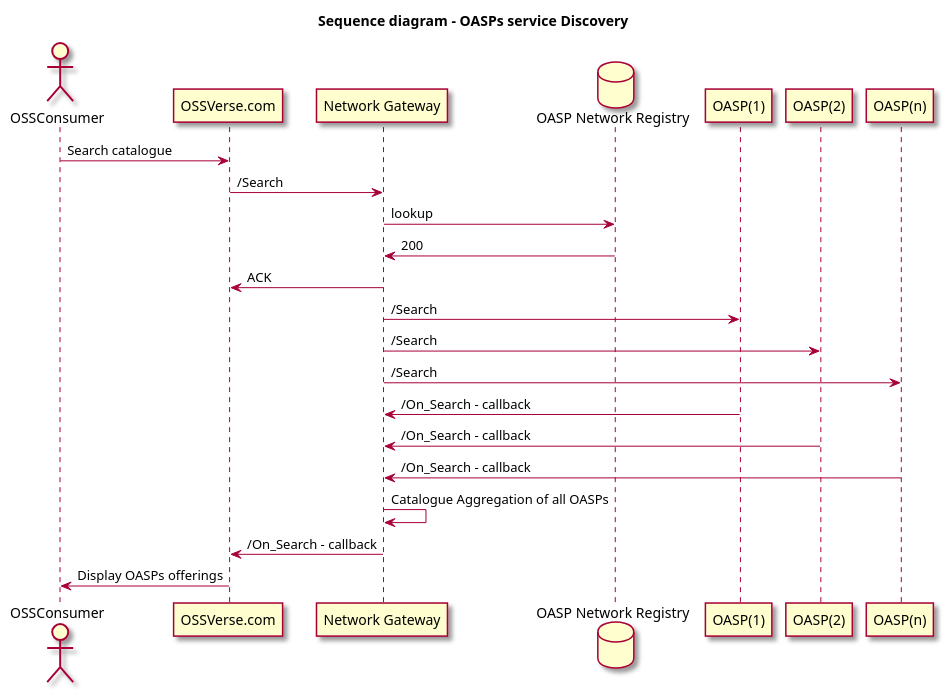
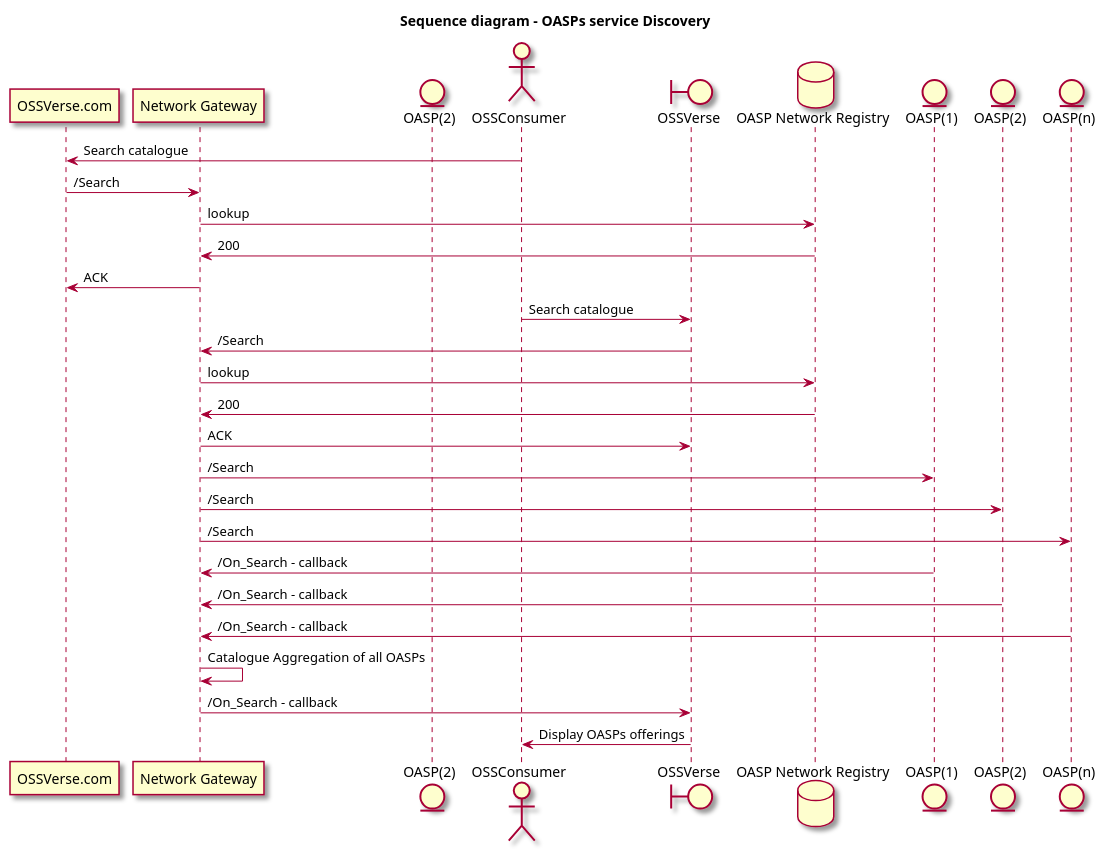
Before and after one commit to OSSVerse/OSSVerse: the diagram in docs/puml/SequenceDiagram_Search_Catalog.puml, drawn with PlantUML. The commit also changed other lines of this file and 1 other file, not shown here.

```diff
--- a/docs/puml/SequenceDiagram_Search_Catalog.puml
+++ b/docs/puml/SequenceDiagram_Search_Catalog.puml
@@ -1,30 +1,53 @@
 @startuml
 
 skin rose
 
 title "Sequence diagram - OASPs service Discovery"
 
 actor "OSSConsumer" as Buyer
 
+
 Buyer -> OSSVerse.com: Search catalogue
 OSSVerse.com -> "Network Gateway": /Search
 database "OASP Network Registry"
 "Network Gateway" -> "OASP Network Registry": lookup
 "OASP Network Registry" -> "Network Gateway": 200
 "Network Gateway" -> OSSVerse.com: ACK
 
-"Network Gateway" -> "OASP(1)": /Search
-"Network Gateway" -> "OASP(2)": /Search
-"Network Gateway" -> "OASP(n)": /Search
+entity "OASP(1)" as OASP1
+entity "OASP(2)" as OASP2@startuml
 
-"OASP(1)" -> "Network Gateway": /On_Search - callback
-"OASP(2)" -> "Network Gateway": /On_Search - callback
-"OASP(n)" -> "Network Gateway": /On_Search - callback
+skin rose
+
+title "Sequence diagram - OASPs service Discovery"
+
+actor "OSSConsumer" as Buyer
+boundary "OSSVerse" as OSSVerse
+
+
+Buyer -> OSSVerse: Search catalogue
+OSSVerse -> "Network Gateway": /Search
+database "OASP Network Registry"
+"Network Gateway" -> "OASP Network Registry": lookup
+"OASP Network Registry" -> "Network Gateway": 200
+"Network Gateway" -> OSSVerse: ACK
+
+entity "OASP(1)" as OASP1
+entity "OASP(2)" as OASP2
+entity "OASP(n)" as OASPn
+
+"Network Gateway" -> OASP1: /Search
+"Network Gateway" -> OASP2: /Search
+"Network Gateway" -> OASPn: /Search
+
+OASP1 -> "Network Gateway": /On_Search - callback
+OASP2 -> "Network Gateway": /On_Search - callback
+OASPn -> "Network Gateway": /On_Search - callback
 
 "Network Gateway" -> "Network Gateway": Catalogue Aggregation of all OASPs
-"Network Gateway" -> OSSVerse.com: /On_Search - callback
+"Network Gateway" -> OSSVerse: /On_Search - callback
 
 
-OSSVerse.com -> Buyer: Display OASPs offerings
+OSSVerse -> Buyer: Display OASPs offerings
 
 @enduml
```
